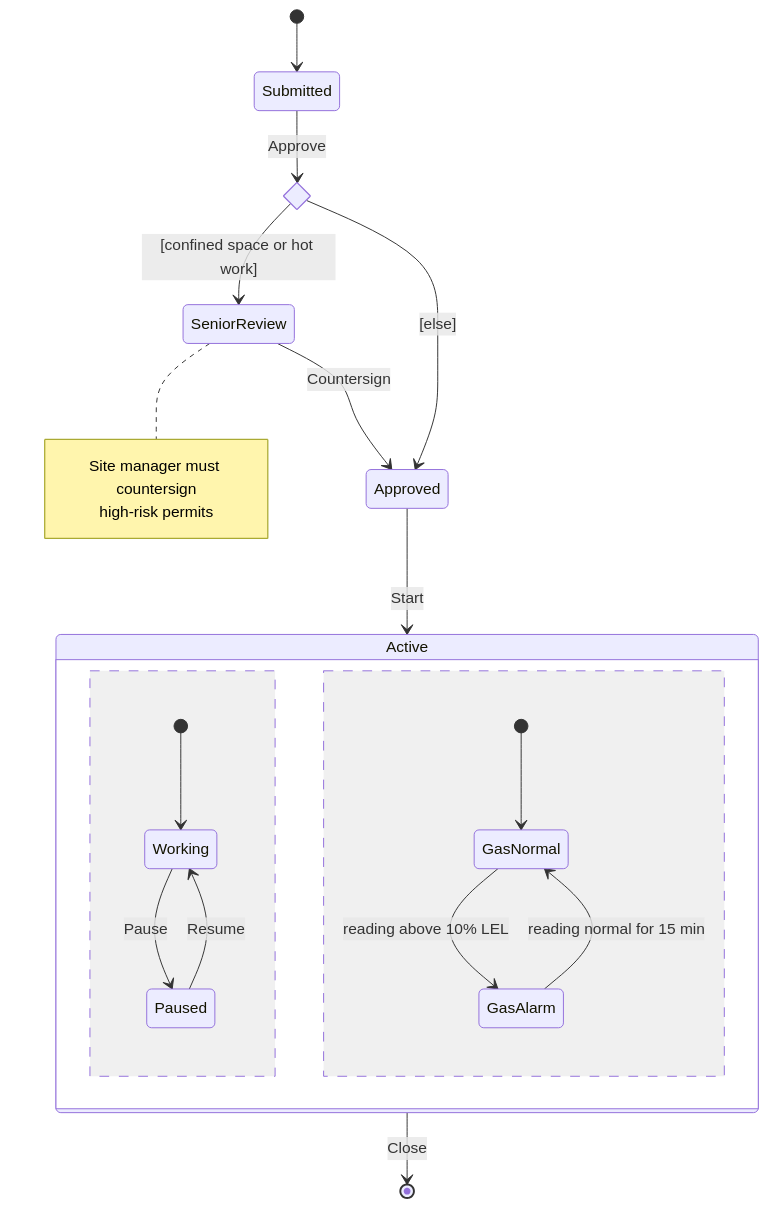
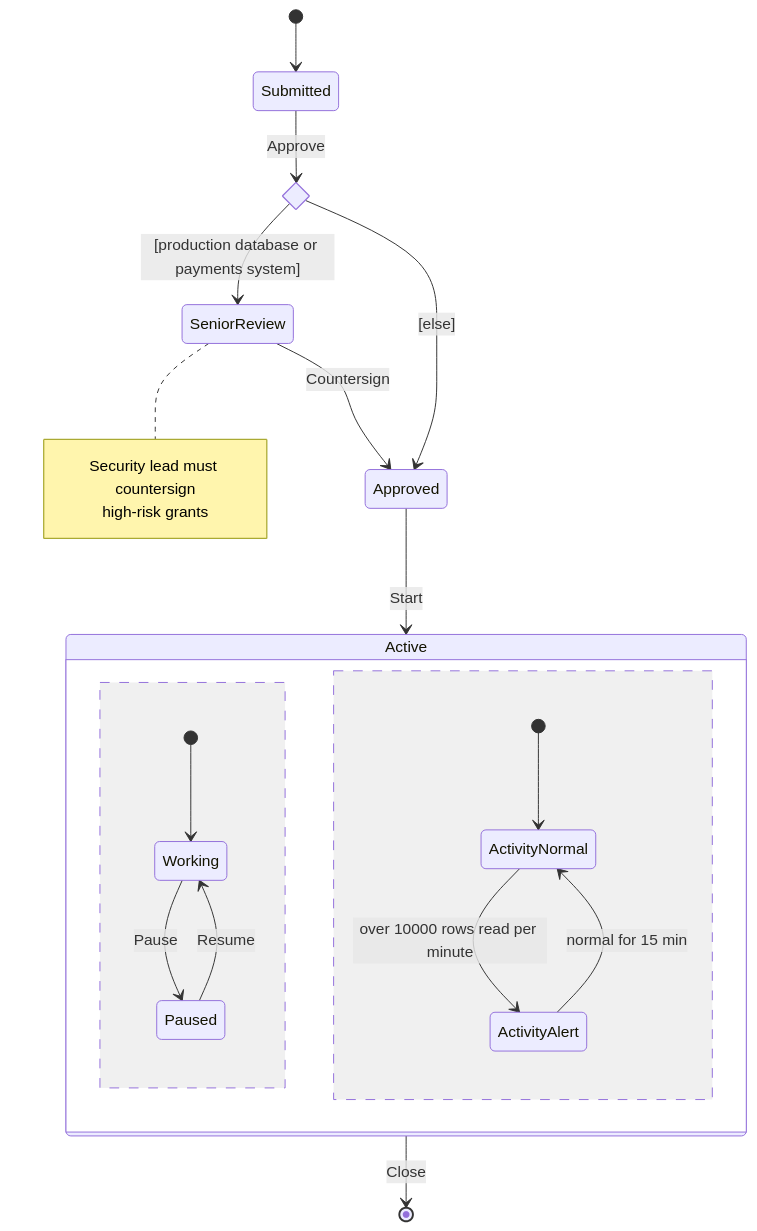
The second of 7 diagrams in content/lessons/m05/m05-state-diagrams.md (rizwi0786/system-design-lab), drawn with Mermaid before and after one commit. The commit also changed other lines of this file and 334 other files, not shown here.

````diff
--- a/content/lessons/m05/m05-state-diagrams.md
+++ b/content/lessons/m05/m05-state-diagrams.md
@@ -291,24 +291,24 @@
 ```mermaid
 stateDiagram-v2
     state riskCheck <<choice>>
     [*] --> Submitted
     Submitted --> riskCheck : Approve
-    riskCheck --> SeniorReview : [confined space or hot work]
+    riskCheck --> SeniorReview : [production database or payments system]
     riskCheck --> Approved : [else]
     SeniorReview --> Approved : Countersign
     Approved --> Active : Start
     state Active {
         [*] --> Working
         Working --> Paused : Pause
         Paused --> Working : Resume
         --
-        [*] --> GasNormal
-        GasNormal --> GasAlarm : reading above 10% LEL
-        GasAlarm --> GasNormal : reading normal for 15 min
+        [*] --> ActivityNormal
+        ActivityNormal --> ActivityAlert : over 10000 rows read per minute
+        ActivityAlert --> ActivityNormal : normal for 15 min
     }
     Active --> [*] : Close
     note right of SeniorReview
-        Site manager must countersign
-        high-risk permits
+        Security lead must countersign
+        high-risk grants
     end note
 ```
````
